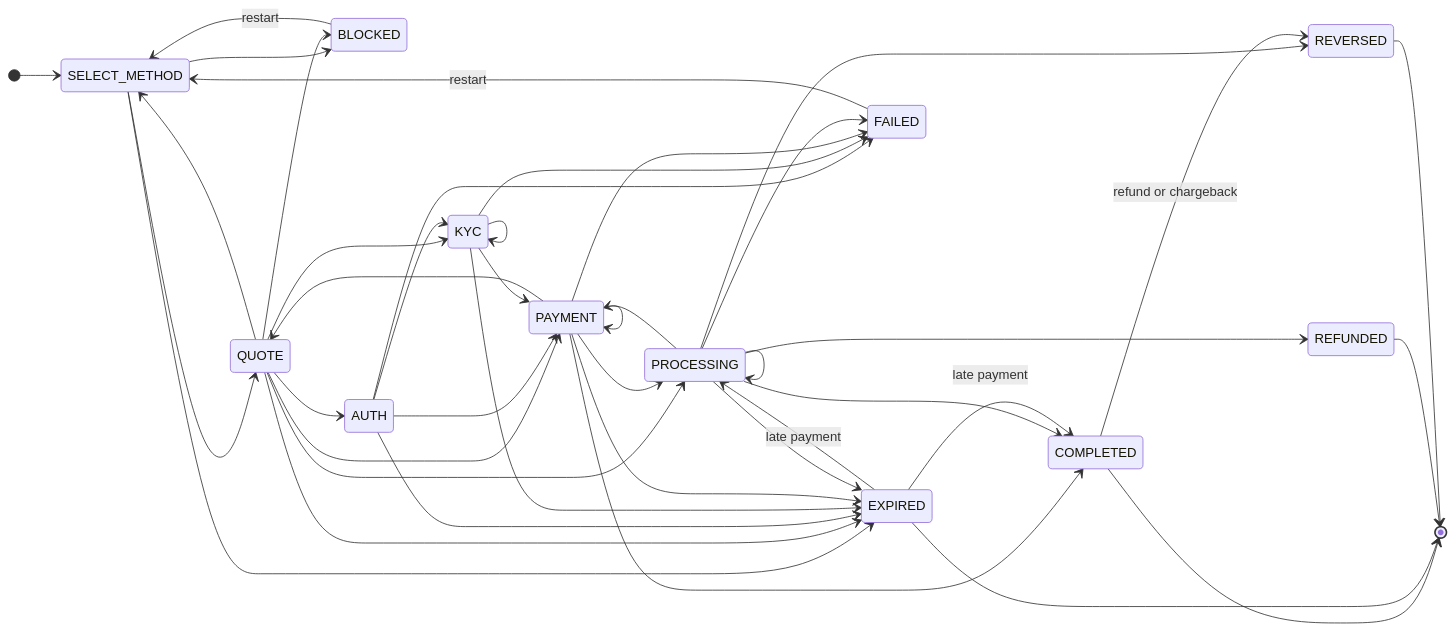
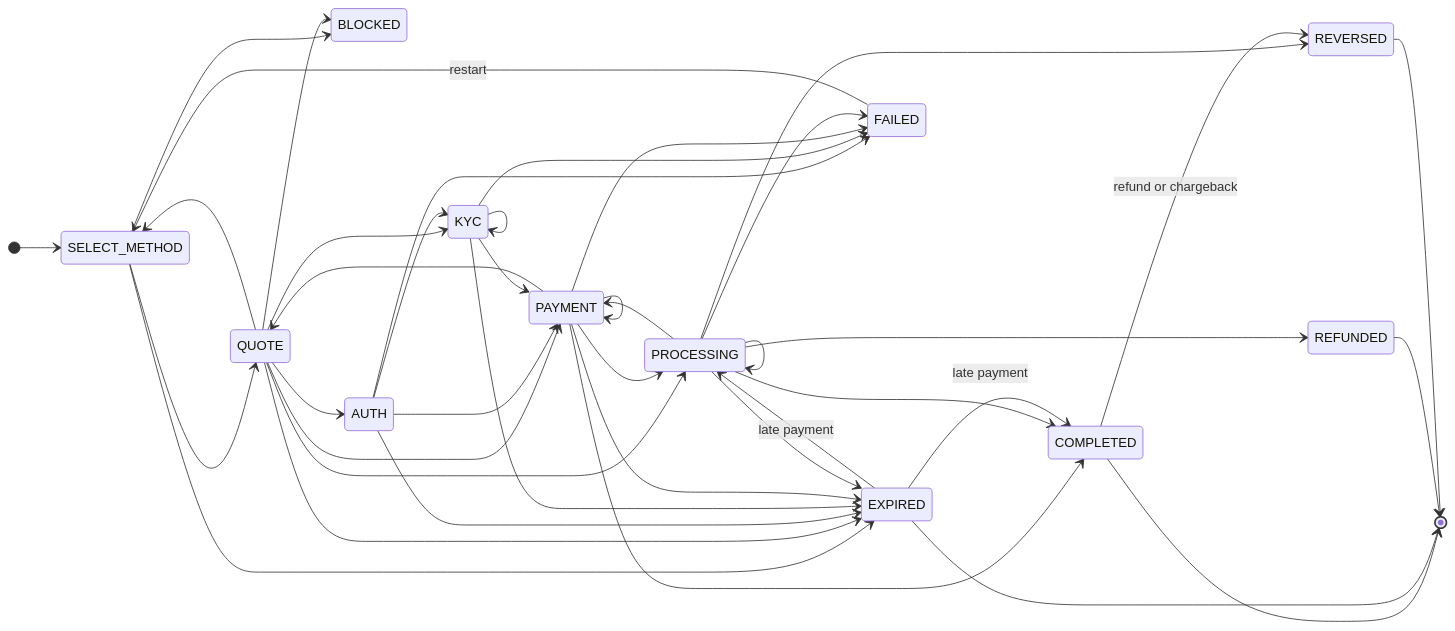
One commit to yosriady/openrampkit changed the first of 2 diagrams in docs/concepts/flow.md. Above: the diagram before and after it, drawn with Mermaid. The commit also changed other lines of this file and 119 other files, not shown here.

````diff
--- a/docs/concepts/flow.md
+++ b/docs/concepts/flow.md
@@ -90,45 +90,44 @@
 ```mermaid
 stateDiagram-v2
   direction LR
   [*] --> SELECT_METHOD
   SELECT_METHOD --> QUOTE
   SELECT_METHOD --> BLOCKED
   SELECT_METHOD --> EXPIRED
   QUOTE --> SELECT_METHOD
   QUOTE --> AUTH
   QUOTE --> KYC
   QUOTE --> PAYMENT
   QUOTE --> PROCESSING
   QUOTE --> BLOCKED
   QUOTE --> EXPIRED
   AUTH --> KYC
   AUTH --> PAYMENT
   AUTH --> FAILED
   AUTH --> EXPIRED
   KYC --> KYC
   KYC --> PAYMENT
   KYC --> FAILED
   KYC --> EXPIRED
   PAYMENT --> PAYMENT
   PAYMENT --> PROCESSING
   PAYMENT --> COMPLETED
   PAYMENT --> FAILED
   PAYMENT --> EXPIRED
   PAYMENT --> QUOTE
   PROCESSING --> PROCESSING
   PROCESSING --> PAYMENT
   PROCESSING --> COMPLETED
   PROCESSING --> FAILED
   PROCESSING --> REFUNDED
   PROCESSING --> REVERSED
   PROCESSING --> EXPIRED
   FAILED --> SELECT_METHOD: restart
-  BLOCKED --> SELECT_METHOD: restart
   COMPLETED --> REVERSED: refund or chargeback
   EXPIRED --> PROCESSING: late payment
   EXPIRED --> COMPLETED: late payment
   COMPLETED --> [*]
   EXPIRED --> [*]
   REFUNDED --> [*]
   REVERSED --> [*]
 ```
````
